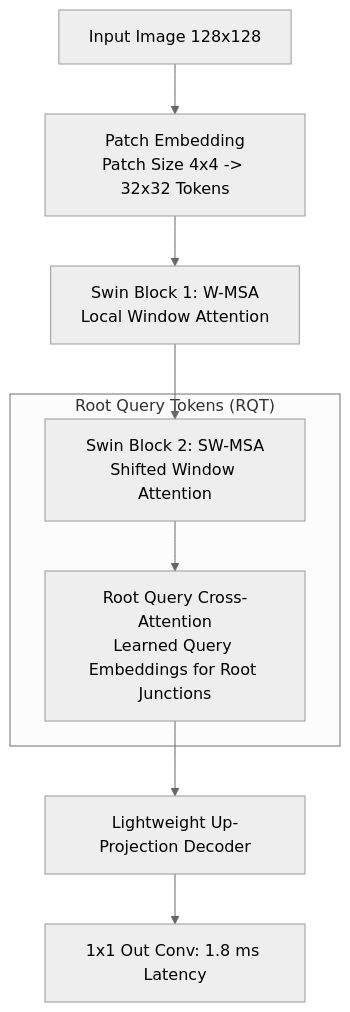
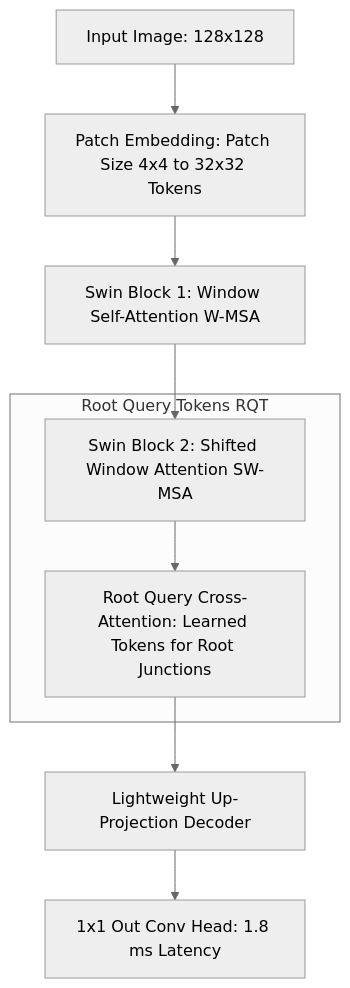
Before and after one commit to Runtime-Slayers/RhizoWhisperer-Model-Architectures: the fourth of 5 diagrams in README.md, drawn with Mermaid (neutral theme). The commit also changed other lines of this file, not shown here.

Commit message:
fix: Format all Mermaid node labels with double quotes to fix rendering compilation errors

````diff
--- a/README.md
+++ b/README.md
@@ -122,13 +122,13 @@
 ```mermaid
 flowchart TD
-    In[Input Image 128x128] --> PatchEmbed[Patch Embedding\nPatch Size 4x4 -> 32x32 Tokens]
-    PatchEmbed --> SwinStage1[Swin Block 1: W-MSA\nLocal Window Attention]
-    SwinStage1 --> SwinStage2[Swin Block 2: SW-MSA\nShifted Window Attention]
+    In["Input Image: 128x128"] --> PatchEmbed["Patch Embedding: Patch Size 4x4 to 32x32 Tokens"]
+    PatchEmbed --> SwinStage1["Swin Block 1: Window Self-Attention W-MSA"]
+    SwinStage1 --> SwinStage2["Swin Block 2: Shifted Window Attention SW-MSA"]
     
-    subgraph RQT ["Root Query Tokens (RQT)"]
-        SwinStage2 --> RQT_Module[Root Query Cross-Attention\nLearned Query Embeddings for Root Junctions]
+    subgraph RQT ["Root Query Tokens RQT"]
+        SwinStage2 --> RQT_Module["Root Query Cross-Attention: Learned Tokens for Root Junctions"]
     end
 
-    RQT_Module --> LightDecoder[Lightweight Up-Projection Decoder]
-    LightDecoder --> Head[1x1 Out Conv: 1.8 ms Latency]
+    RQT_Module --> LightDecoder["Lightweight Up-Projection Decoder"]
+    LightDecoder --> Head["1x1 Out Conv Head: 1.8 ms Latency"]
 ```
````
